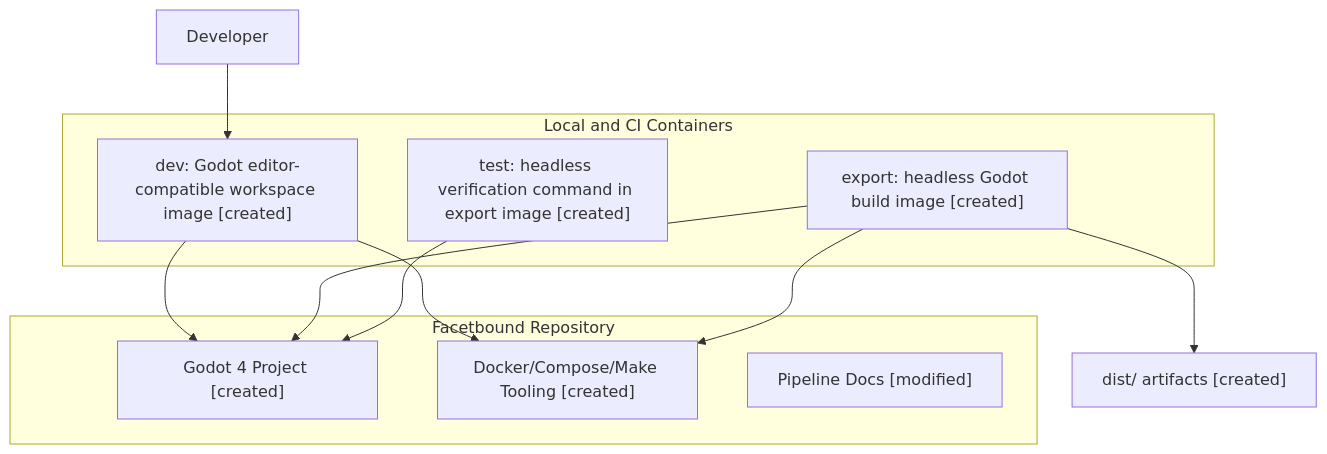
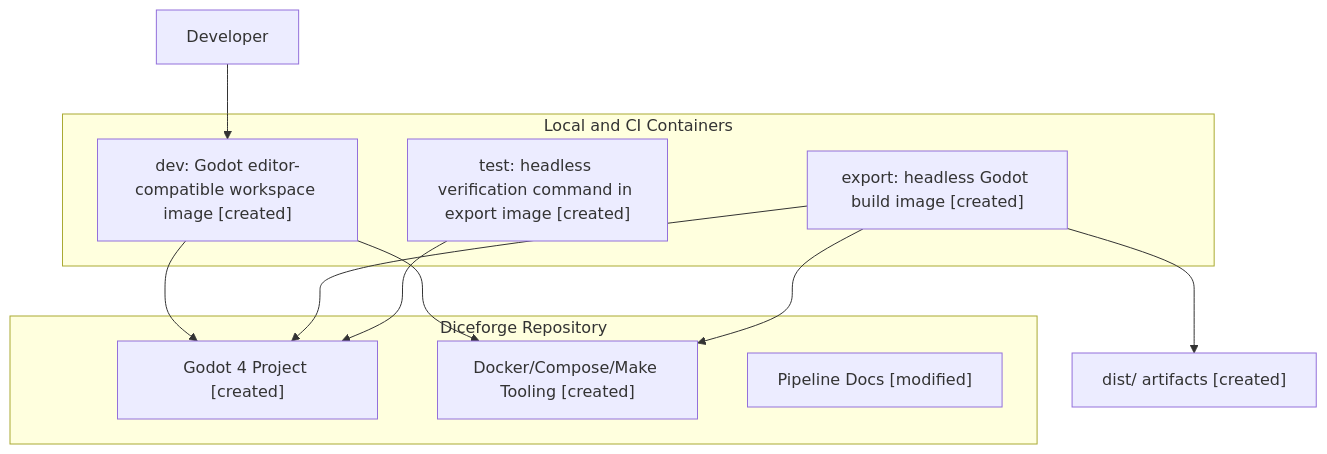
One commit to cozmulici-rgb/Diceforge changed the second of 3 diagrams in docs/archive/design/project-initiation/architecture.md. Above: the diagram before and after it, drawn with Mermaid. The commit also changed other lines of this file and 46 other files, not shown here.

First line of the commit message:
chore: rename project Facetbound → Diceforge

````diff
--- a/docs/archive/design/project-initiation/architecture.md
+++ b/docs/archive/design/project-initiation/architecture.md
@@ -21,22 +21,22 @@
 ```mermaid
 graph TD
-    subgraph Repo["Facetbound Repository"]
+    subgraph Repo["Diceforge Repository"]
         GameProject["Godot 4 Project [created]"]
         Tooling["Docker/Compose/Make Tooling [created]"]
         Docs["Pipeline Docs [modified]"]
     end
 
     subgraph Containers["Local and CI Containers"]
         Dev["dev: Godot editor-compatible workspace image [created]"]
         Export["export: headless Godot build image [created]"]
         Test["test: headless verification command in export image [created]"]
     end
 
     Developer["Developer"] --> Dev
     Dev --> GameProject
     Dev --> Tooling
     Export --> GameProject
     Export --> Tooling
     Test --> GameProject
     Export --> Artifacts["dist/ artifacts [created]"]
 ```
````
